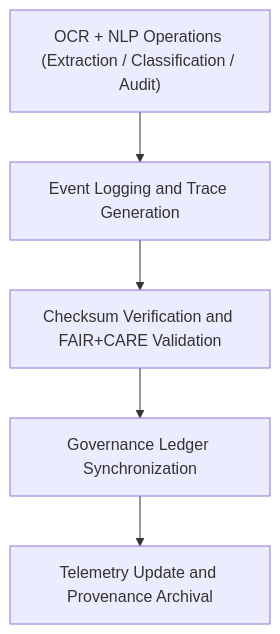
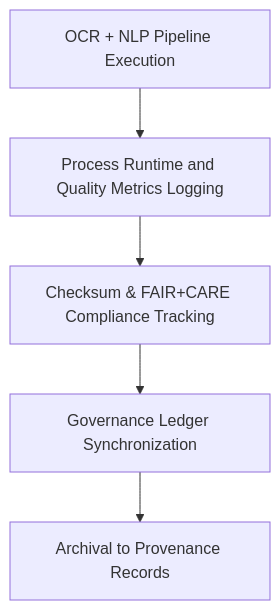
Before and after one commit to bartytime4life/Kansas-Frontier-Matrix: the diagram in data/work/tmp/text/logs/README.md, drawn with Mermaid. The commit also changed other lines of this file, not shown here.

````diff
--- a/data/work/tmp/text/logs/README.md
+++ b/data/work/tmp/text/logs/README.md
@@ -68,7 +63,7 @@
 ```mermaid
 flowchart TD
-    A["OCR + NLP Operations (Extraction / Classification / Audit)"] --> B["Event Logging and Trace Generation"]
-    B --> C["Checksum Verification and FAIR+CARE Validation"]
+    A["OCR + NLP Pipeline Execution"] --> B["Process Runtime and Quality Metrics Logging"]
+    B --> C["Checksum & FAIR+CARE Compliance Tracking"]
     C --> D["Governance Ledger Synchronization"]
-    D --> E["Telemetry Update and Provenance Archival"]
+    D --> E["Archival to Provenance Records"]
 ```
````
